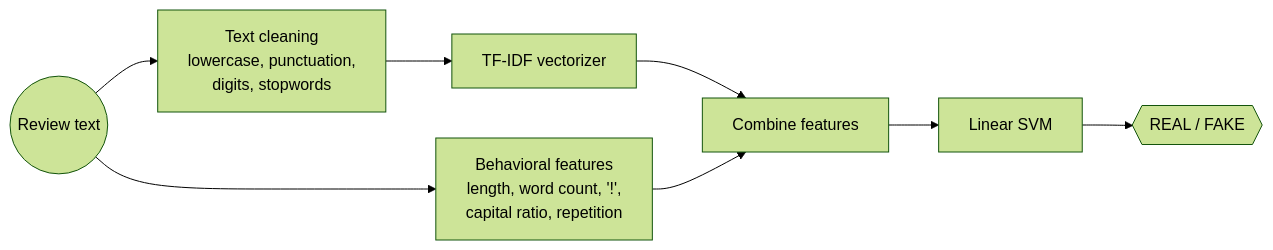
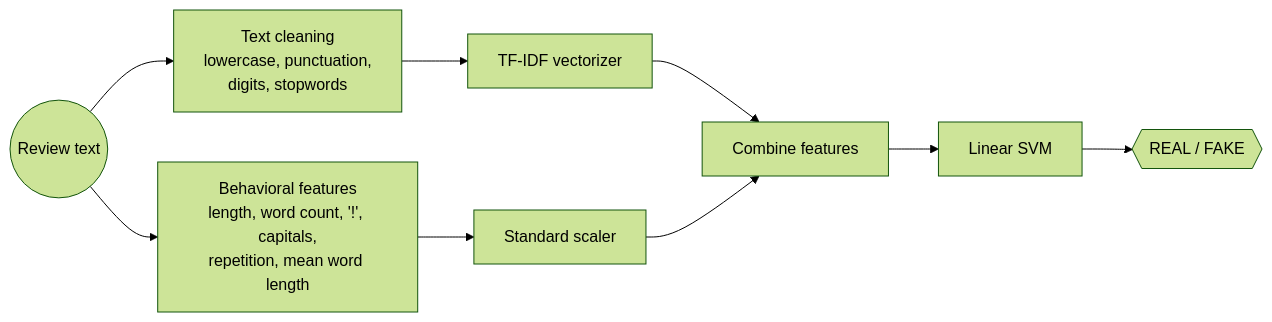
The diagram in README.md (OussemaBouchaala/Fake_Real_Reviews_Classifier), drawn with Mermaid (forest theme) before and after one commit. The commit also changed other lines of this file and 6 other files, not shown here.

````diff
--- a/README.md
+++ b/README.md
@@ -18,10 +18,11 @@
 ```mermaid
 flowchart LR
     R((Review text)) --> C[Text cleaning<br/>lowercase, punctuation,<br/>digits, stopwords]
-    R --> B[Behavioral features<br/>length, word count, '!',<br/>capital ratio, repetition]
+    R --> B[Behavioral features<br/>length, word count, '!', capitals,<br/>repetition, mean word length]
     C --> T[TF-IDF vectorizer]
+    B --> S[Standard scaler]
     T --> H[Combine features]
-    B --> H
+    S --> H
     H --> M[Linear SVM]
     M --> O{{REAL / FAKE}}
 ```
````
